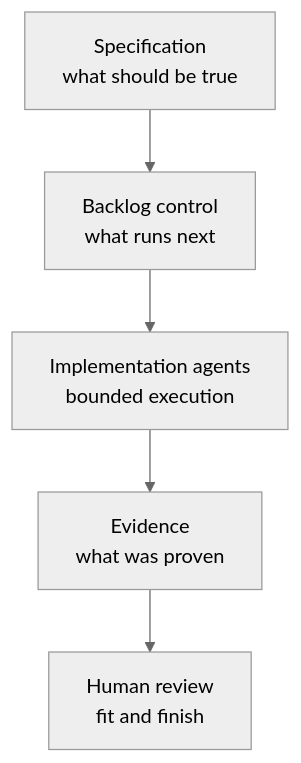
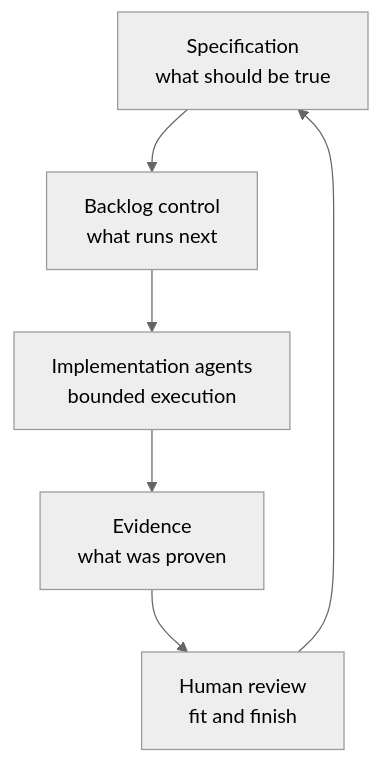
One commit to kburson/ai-task-manager changed the diagram in docs/articles/02-spec-driven-is-not-enough.md. Above: the diagram before and after it, drawn with Mermaid (neutral theme). The commit also changed 3 other files, not shown here.

First line of the commit message:
[#1102] fix(articles): reconcile drifted diagram pairs

````diff
--- a/docs/articles/02-spec-driven-is-not-enough.md
+++ b/docs/articles/02-spec-driven-is-not-enough.md
@@ -41,7 +41,8 @@
 ```mermaid
 flowchart TB
     Spec["Specification\nwhat should be true"] --> Backlog["Backlog control\nwhat runs next"]
     Backlog --> Agents["Implementation agents\nbounded execution"]
     Agents --> Evidence["Evidence\nwhat was proven"]
     Evidence --> Review["Human review\nfit and finish"]
+    Review --> Spec
 ```
````
